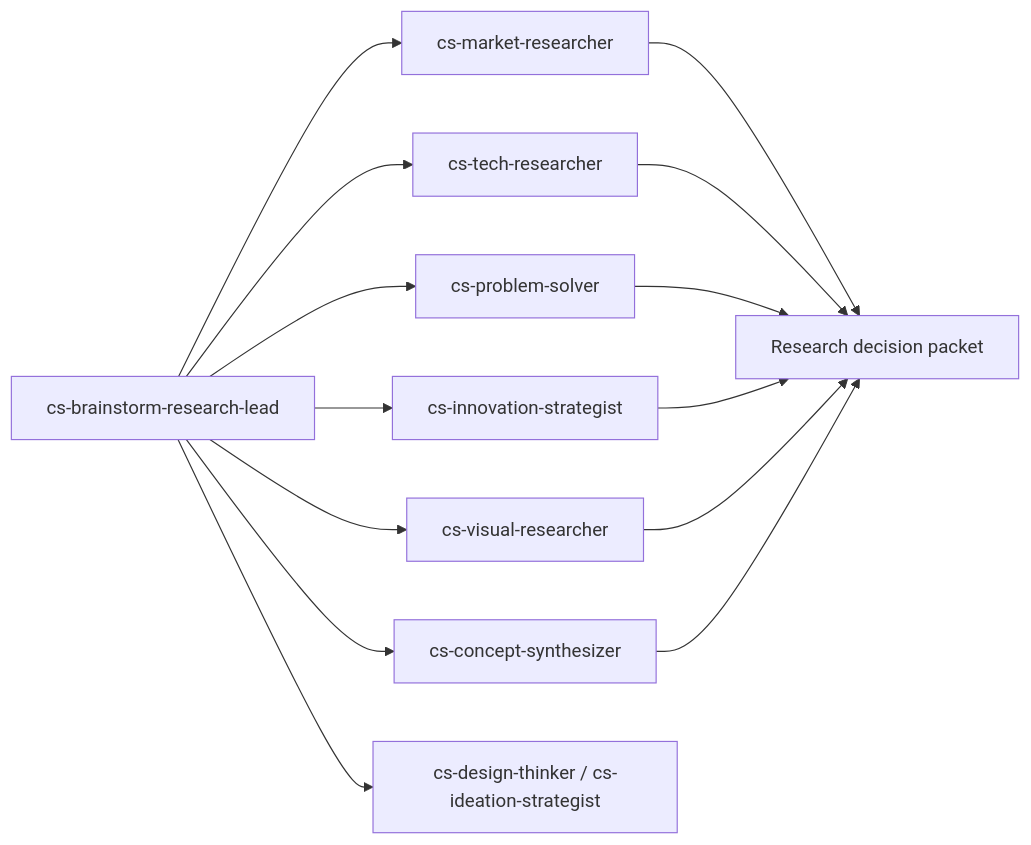
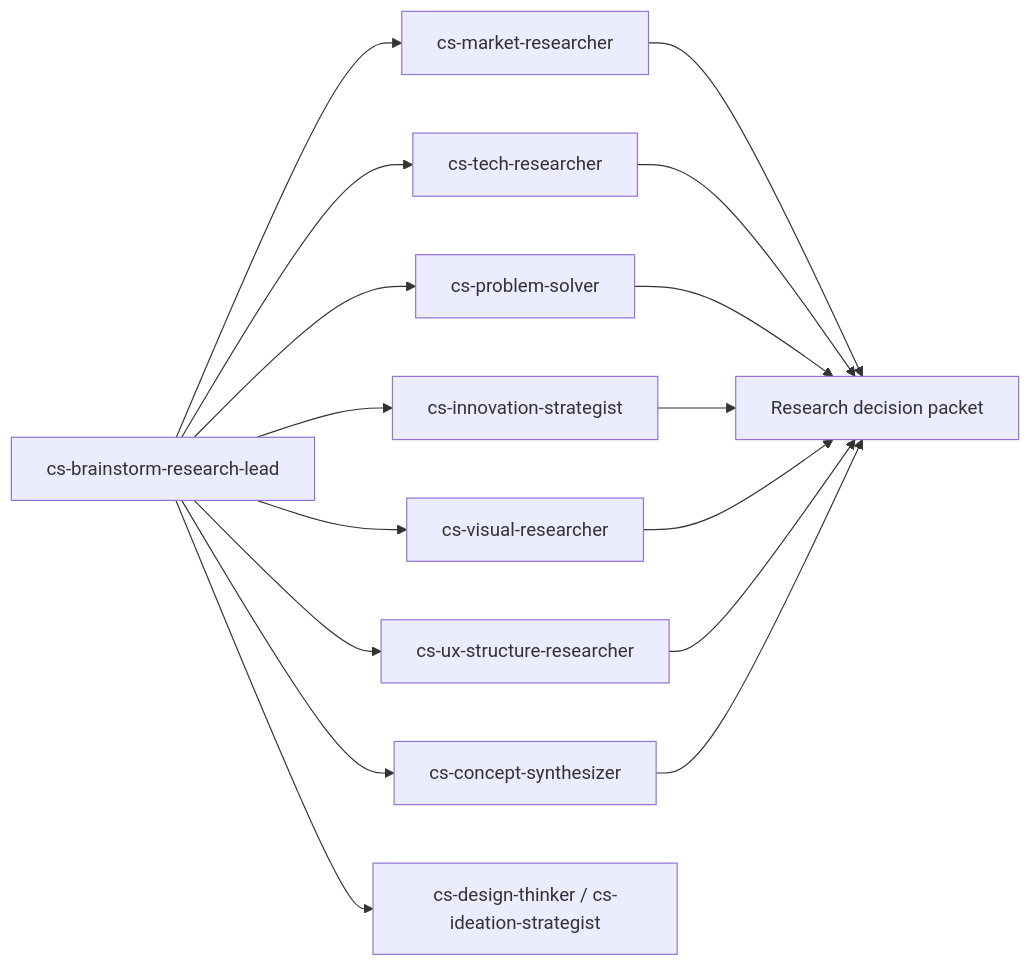
One commit to Richyboy170/AI-Flow-Spec-Driven-Agents changed the second of 5 diagrams in README.md. Above: the diagram before and after it, drawn with Mermaid. The commit also changed other lines of this file and 113 other files, not shown here.

````diff
--- a/README.md
+++ b/README.md
@@ -67,17 +67,19 @@
 ```mermaid
 flowchart LR
   Lead[cs-brainstorm-research-lead] --> Market[cs-market-researcher]
   Lead --> Tech[cs-tech-researcher]
   Lead --> Problem[cs-problem-solver]
   Lead --> Innovation[cs-innovation-strategist]
   Lead --> Visual[cs-visual-researcher]
+  Lead --> UX[cs-ux-structure-researcher]
   Lead --> Synthesis[cs-concept-synthesizer]
   Lead --> Interactive[cs-design-thinker / cs-ideation-strategist]
 
   Market --> Packet[Research decision packet]
   Tech --> Packet
   Problem --> Packet
   Innovation --> Packet
   Visual --> Packet
+  UX --> Packet
   Synthesis --> Packet
 ```
````
